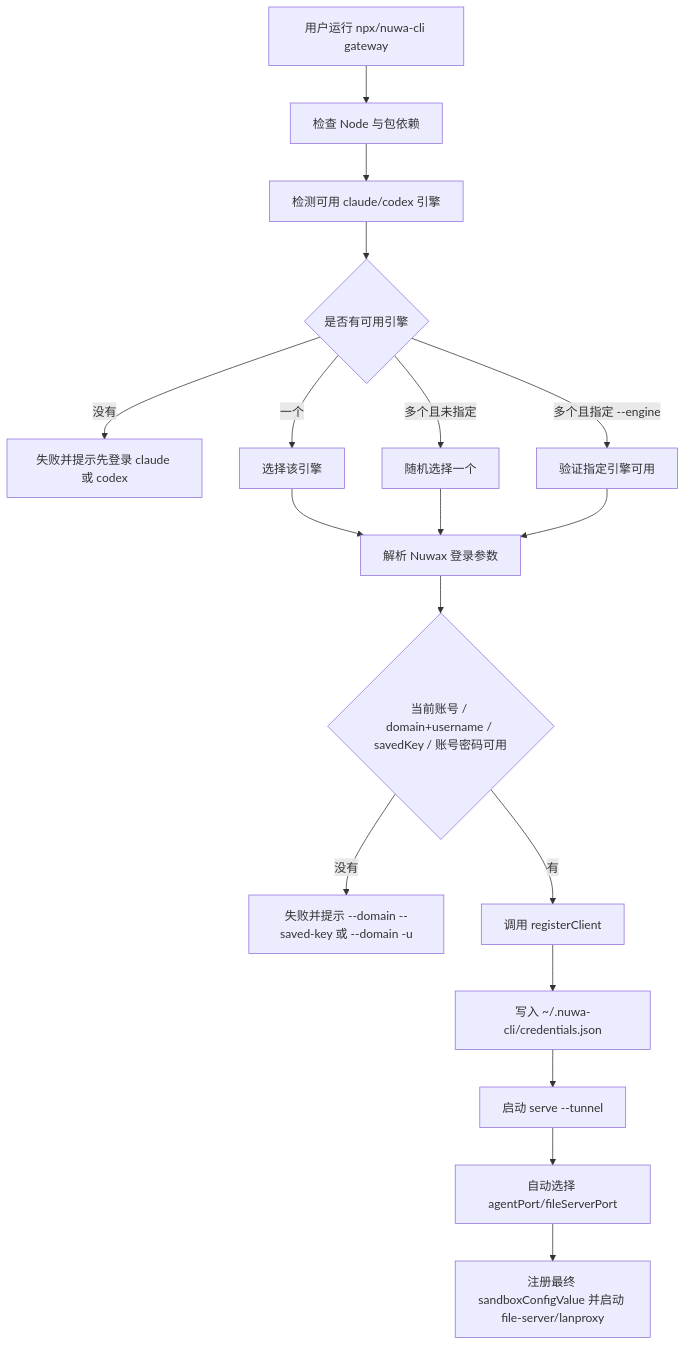
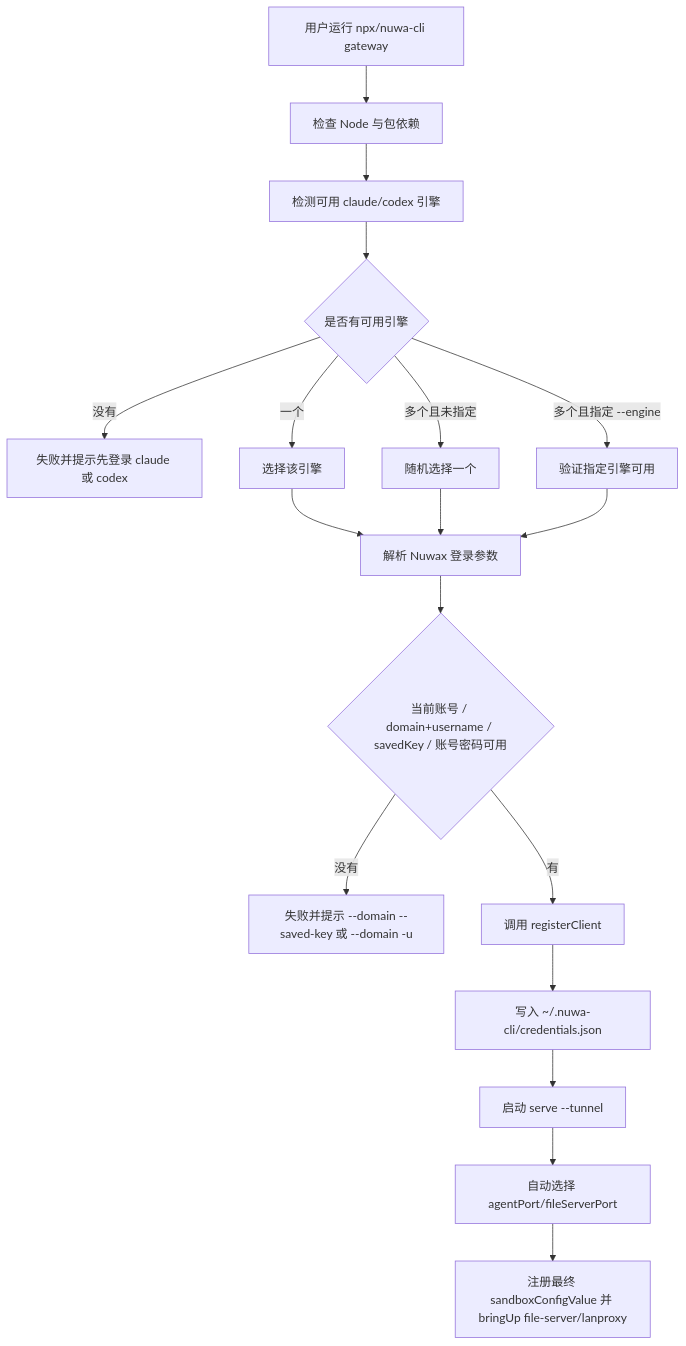
The diagram in docs/gateway.md (nuwax-ai/nuwa-cli), drawn with Mermaid before and after one commit. The commit also changed other lines of this file and 13 other files, not shown here.

First line of the commit message:
feat(serve): file-server/lanproxy 接入 agent-kit withStartRetry

````diff
--- a/docs/gateway.md
+++ b/docs/gateway.md
@@ -122,20 +122,20 @@
 ```mermaid
 flowchart TD
   A["用户运行 npx/nuwa-cli gateway"] --> B["检查 Node 与包依赖"]
   B --> C["检测可用 claude/codex 引擎"]
   C --> D{"是否有可用引擎"}
   D -->|没有| E["失败并提示先登录 claude 或 codex"]
   D -->|一个| F["选择该引擎"]
   D -->|多个且未指定| G["随机选择一个"]
   D -->|多个且指定 --engine| H["验证指定引擎可用"]
   F --> I["解析 Nuwax 登录参数"]
   G --> I
   H --> I
   I --> J{"当前账号 / domain+username / savedKey / 账号密码可用"}
   J -->|没有| K["失败并提示 --domain --saved-key 或 --domain -u"]
   J -->|有| L["调用 registerClient"]
   L --> M["写入 ~/.nuwa-cli/credentials.json"]
   M --> N["启动 serve --tunnel"]
   N --> O["自动选择 agentPort/fileServerPort"]
-  O --> P["注册最终 sandboxConfigValue 并启动 file-server/lanproxy"]
+  O --> P["注册最终 sandboxConfigValue 并 bringUp file-server/lanproxy"]
 ```
````
